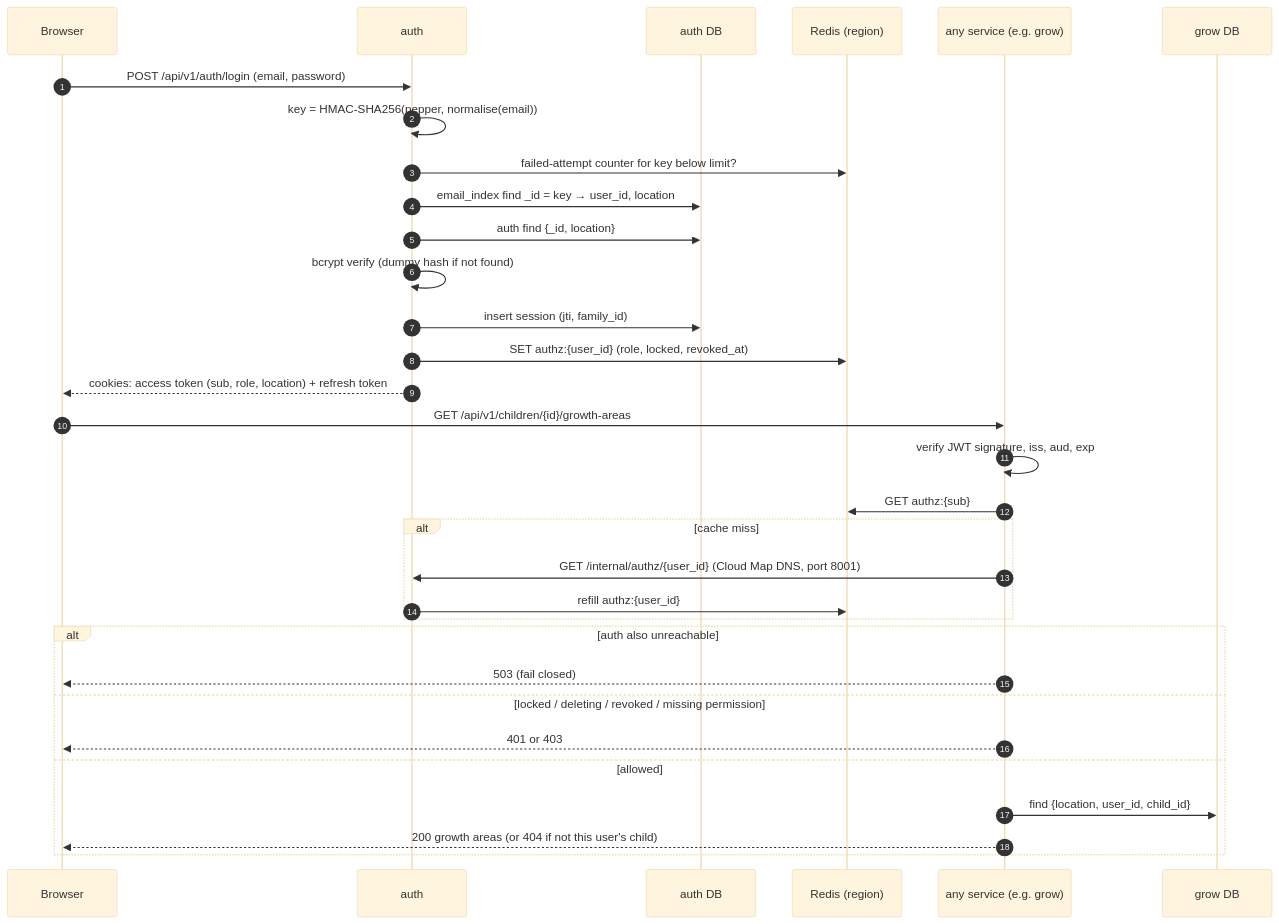
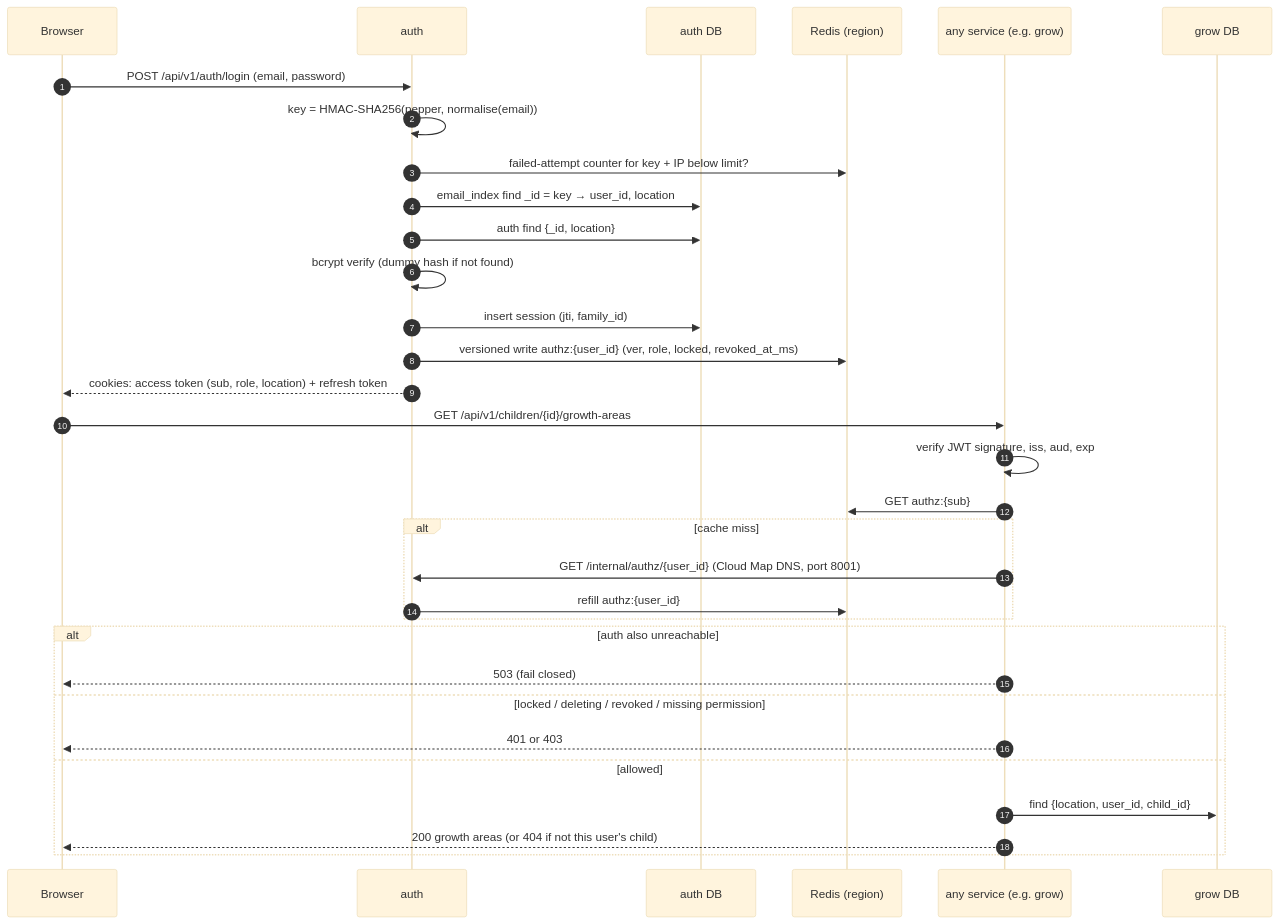
One commit to pkprincekumar7/buddy-app changed the fifth of 6 diagrams in docs/auth-users-split.md. Above: the diagram before and after it, drawn with Mermaid (base theme). The commit also changed other lines of this file and 1 other file, not shown here.

````diff
--- a/docs/auth-users-split.md
+++ b/docs/auth-users-split.md
@@ -781,36 +812,36 @@
 ```mermaid
 sequenceDiagram
     autonumber
     participant B as Browser
     participant A as auth
     participant ADB as auth DB
     participant R as Redis (region)
     participant S as any service (e.g. grow)
     participant SDB as grow DB
 
     B->>A: POST /api/v1/auth/login (email, password)
     A->>A: key = HMAC-SHA256(pepper, normalise(email))
-    A->>R: failed-attempt counter for key below limit?
+    A->>R: failed-attempt counter for key + IP below limit?
     A->>ADB: email_index find _id = key → user_id, location
     A->>ADB: auth find {_id, location}
     A->>A: bcrypt verify (dummy hash if not found)
     A->>ADB: insert session (jti, family_id)
-    A->>R: SET authz:{user_id} (role, locked, revoked_at)
+    A->>R: versioned write authz:{user_id} (ver, role, locked, revoked_at_ms)
     A-->>B: cookies: access token (sub, role, location) + refresh token
 
     B->>S: GET /api/v1/children/{id}/growth-areas
     S->>S: verify JWT signature, iss, aud, exp
     S->>R: GET authz:{sub}
     alt cache miss
         S->>A: GET /internal/authz/{user_id} (Cloud Map DNS, port 8001)
         A->>R: refill authz:{user_id}
     end
     alt auth also unreachable
         S-->>B: 503 (fail closed)
     else locked / deleting / revoked / missing permission
         S-->>B: 401 or 403
     else allowed
         S->>SDB: find {location, user_id, child_id}
         S-->>B: 200 growth areas (or 404 if not this user's child)
     end
 ```
````
